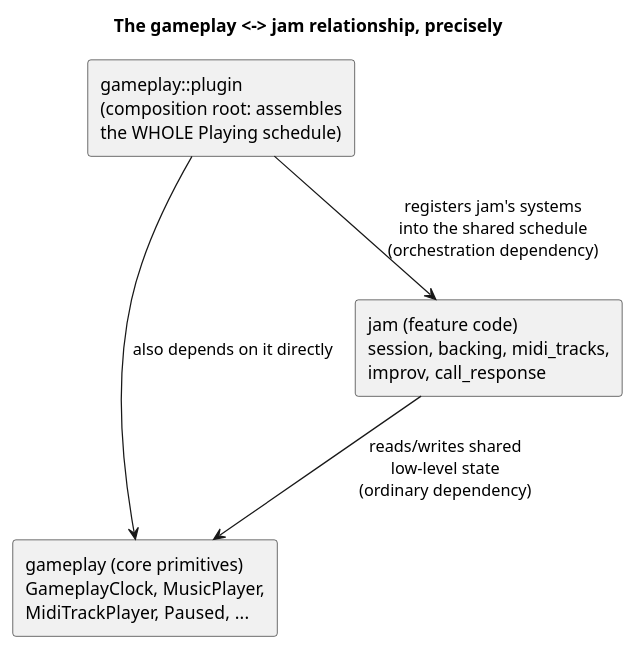
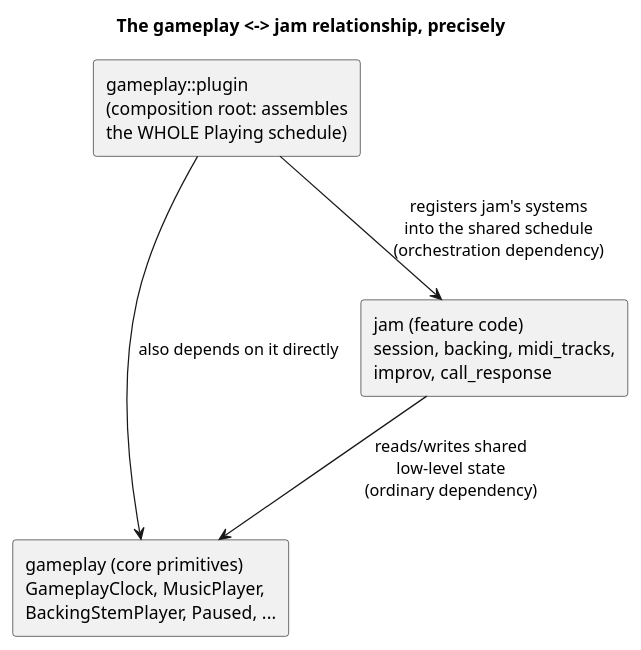
The first of 4 diagrams in contributing/src/jam-session-architecture.md (taupter/harmonicon), drawn with PlantUML before and after one commit. The commit also changed other lines of this file and 15 other files, not shown here.

````diff
--- a/contributing/src/jam-session-architecture.md
+++ b/contributing/src/jam-session-architecture.md
@@ -25,14 +25,14 @@
 ```plantuml
 @startuml
 title The gameplay <-> jam relationship, precisely
 skinparam componentStyle rectangle
 
 rectangle "gameplay::plugin\n(composition root: assembles\nthe WHOLE Playing schedule)" as plugin
-rectangle "gameplay (core primitives)\nGameplayClock, MusicPlayer,\nMidiTrackPlayer, Paused, ..." as core
+rectangle "gameplay (core primitives)\nGameplayClock, MusicPlayer,\nBackingStemPlayer, Paused, ..." as core
 rectangle "jam (feature code)\nsession, backing, midi_tracks,\nimprov, call_response" as jam
 
 plugin -down-> jam : registers jam's systems\ninto the shared schedule\n(orchestration dependency)
 jam -down-> core : reads/writes shared\nlow-level state\n(ordinary dependency)
 plugin -down-> core : also depends on it directly
 @enduml
 ```
````
